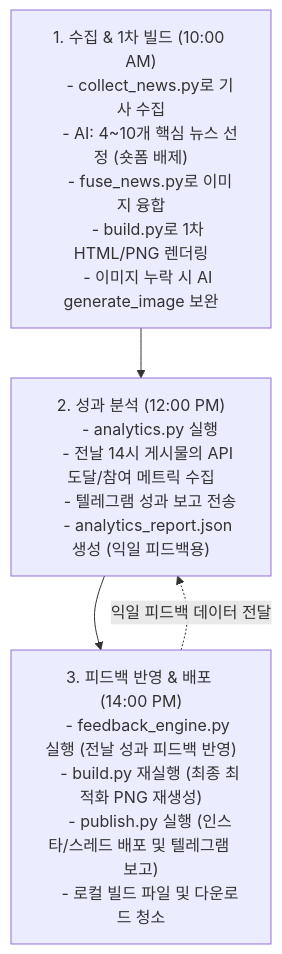
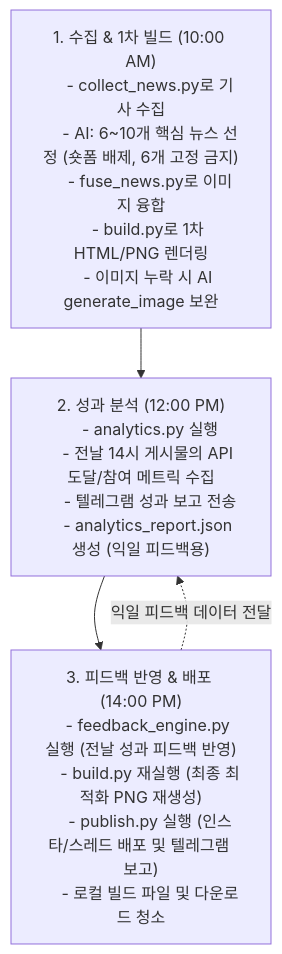
Before and after one commit to SeongJeGeun/SecretIns: the diagram in README.md, drawn with Mermaid. The commit also changed other lines of this file and 6 other files, not shown here.

````diff
--- a/README.md
+++ b/README.md
@@ -88,25 +88,25 @@
 ```mermaid
 graph TD
     A["1. 수집 & 1차 빌드 (10:00 AM)
     - collect_news.py로 기사 수집
-    - AI: 4~10개 핵심 뉴스 선정 (숏폼 배제)
+    - AI: 6~10개 핵심 뉴스 선정 (숏폼 배제, 6개 고정 금지)
     - fuse_news.py로 이미지 융합
     - build.py로 1차 HTML/PNG 렌더링
     - 이미지 누락 시 AI generate_image 보완"]
     
     B["2. 성과 분석 (12:00 PM)
     - analytics.py 실행
     - 전날 14시 게시물의 API 도달/참여 메트릭 수집
     - 텔레그램 성과 보고 전송
     - analytics_report.json 생성 (익일 피드백용)"]
     
     C["3. 피드백 반영 & 배포 (14:00 PM)
     - feedback_engine.py 실행 (전날 성과 피드백 반영)
     - build.py 재실행 (최종 최적화 PNG 재생성)
     - publish.py 실행 (인스타/스레드 배포 및 텔레그램 보고)
     - 로컬 빌드 파일 및 다운로드 청소"]
 
     A --> B
     B --> C
     C -.->|"익일 피드백 데이터 전달"| B
 ```
````
